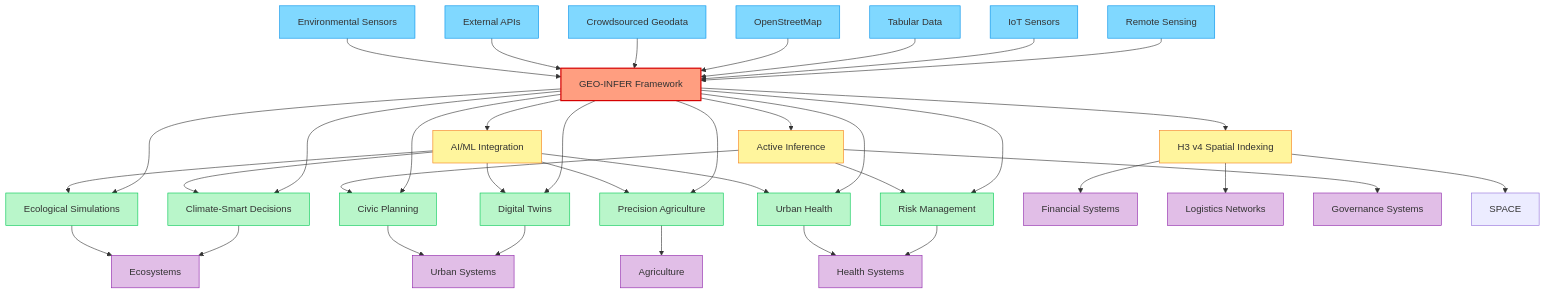
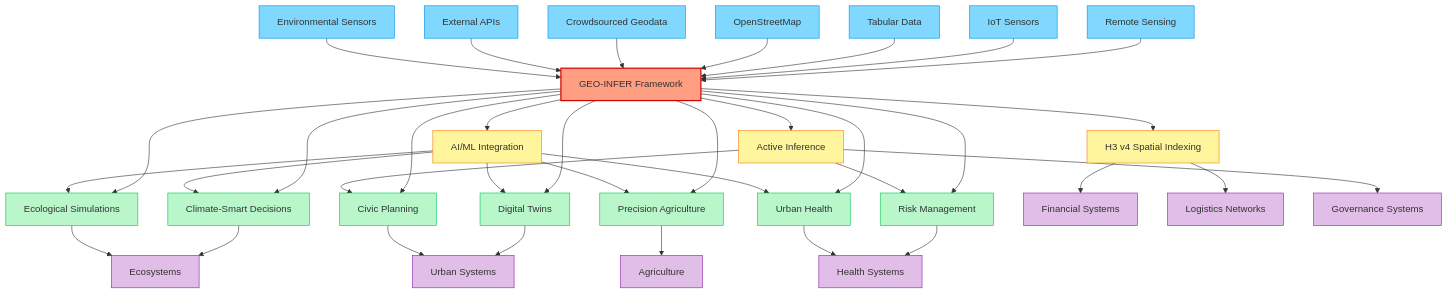
One commit to ActiveInferenceInstitute/GEO-INFER changed the fourth of 4 diagrams in README.md. Above: the diagram before and after it, drawn with Mermaid. The commit also changed other lines of this file, not shown here.

````diff
--- a/README.md
+++ b/README.md
@@ -492,39 +539,39 @@
     classDef domainNode fill:#e1bee7,stroke:#8e24aa,stroke-width:1px
     classDef integrationNode fill:#fff59d,stroke:#f57f17,stroke-width:1px
 
-    GEOINFER[GEO-INFER Framework]:::mainNode
+    GEOINFER["GEO-INFER Framework"]:::mainNode
     
     %% Data Sources
-    RS[Remote Sensing]:::sourceNode
-    IOT[IoT Sensors]:::sourceNode
-    CSV[Tabular Data]:::sourceNode
-    OSM[OpenStreetMap]:::sourceNode
-    CGD[Crowdsourced Geodata]:::sourceNode
-    API[External APIs]:::sourceNode
-    SENSOR[Environmental Sensors]:::sourceNode
+    RS["Remote Sensing"]:::sourceNode
+    IOT["IoT Sensors"]:::sourceNode
+    CSV["Tabular Data"]:::sourceNode
+    OSM["OpenStreetMap"]:::sourceNode
+    CGD["Crowdsourced Geodata"]:::sourceNode
+    API["External APIs"]:::sourceNode
+    SENSOR["Environmental Sensors"]:::sourceNode
     
     %% Applications
-    DT[Digital Twins]:::applicationNode
-    CSD[Climate-Smart Decisions]:::applicationNode
-    ES[Ecological Simulations]:::applicationNode
-    CP[Civic Planning]:::applicationNode
-    RM[Risk Management]:::applicationNode
-    PA[Precision Agriculture]:::applicationNode
-    UH[Urban Health]:::applicationNode
+    DT["Digital Twins"]:::applicationNode
+    CSD["Climate-Smart Decisions"]:::applicationNode
+    ES["Ecological Simulations"]:::applicationNode
+    CP["Civic Planning"]:::applicationNode
+    RM["Risk Management"]:::applicationNode
+    PA["Precision Agriculture"]:::applicationNode
+    UH["Urban Health"]:::applicationNode
     
     %% Domains
-    URB[Urban Systems]:::domainNode
-    ECO[Ecosystems]:::domainNode
-    AGR[Agriculture]:::domainNode
-    HLT[Health Systems]:::domainNode
-    FIN[Financial Systems]:::domainNode
-    LOG[Logistics Networks]:::domainNode
-    GOV[Governance Systems]:::domainNode
+    URB["Urban Systems"]:::domainNode
+    ECO["Ecosystems"]:::domainNode
+    AGR["Agriculture"]:::domainNode
+    HLT["Health Systems"]:::domainNode
+    FIN["Financial Systems"]:::domainNode
+    LOG["Logistics Networks"]:::domainNode
+    GOV["Governance Systems"]:::domainNode
     
     %% Integration Points
-    AI_INT[AI/ML Integration]:::integrationNode
-    ACT_INT[Active Inference]:::integrationNode
-    H3_INT[H3 v4 Spatial Indexing]:::integrationNode
+    AI_INT["AI/ML Integration"]:::integrationNode
+    ACT_INT["Active Inference"]:::integrationNode
+    H3_INT["H3 v4 Spatial Indexing"]:::integrationNode
     
     %% Connections
     RS --> GEOINFER
@@ -565,7 +612,6 @@
     ACT_INT --> CP
     ACT_INT --> GOV
     
-    H3_INT --> SPACE
     H3_INT --> LOG
     H3_INT --> FIN
 ```
````
